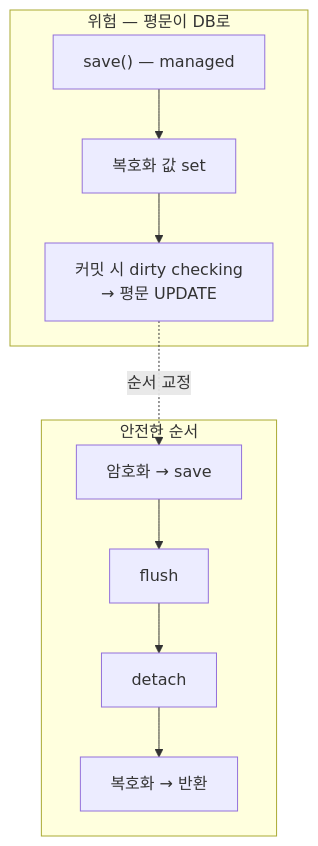
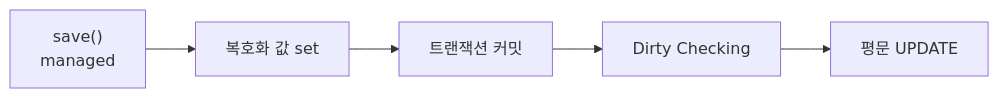
The first of 11 diagrams in moiso/README.md (thdwjdrl401/dev_retrospective), drawn with Mermaid before and after one commit. The commit also changed other lines of this file, not shown here.

````diff
--- a/moiso/README.md
+++ b/moiso/README.md
@@ -31,10 +71,7 @@
 ```mermaid
-flowchart TB
-  subgraph wrong ["위험 — 평문이 DB로"]
-    W1["save() — managed"] --> W2["복호화 값 set"] --> W3["커밋 시 dirty checking<br/>→ 평문 UPDATE"]
-  end
-  subgraph right ["안전한 순서"]
-    R1["암호화 → save"] --> R2["flush"] --> R3["detach"] --> R4["복호화 → 반환"]
-  end
-  W3 -. 순서 교정 .-> R1
+flowchart LR
+    A["save()<br/>managed"] --> B["복호화 값 set"]
+    B --> C["트랜잭션 커밋"]
+    C --> D["Dirty Checking"]
+    D --> E["평문 UPDATE"]
 ```
````
